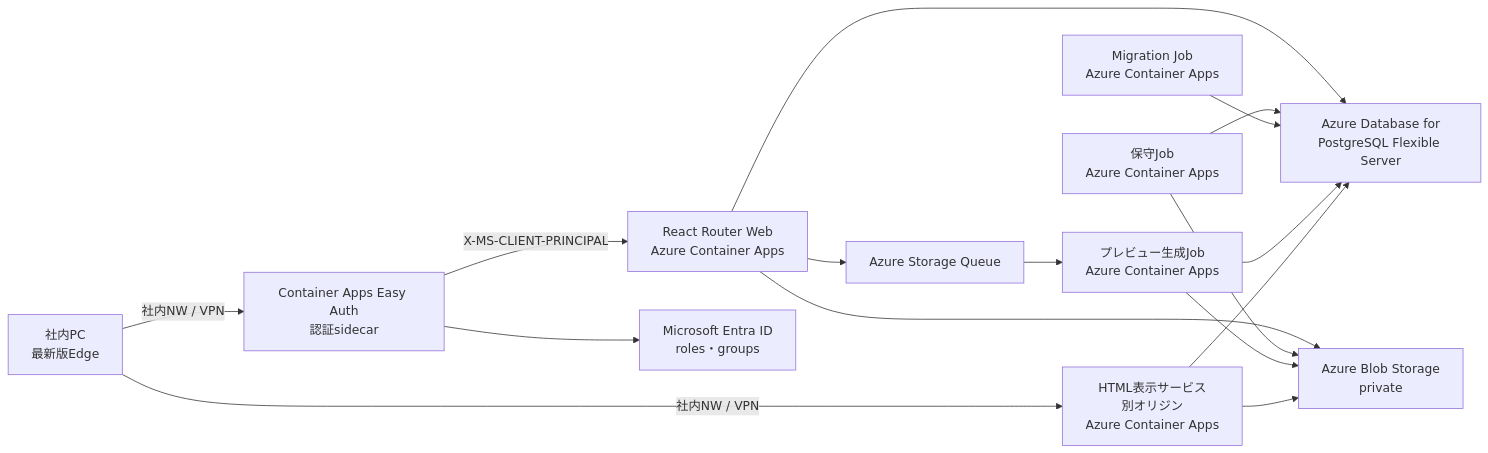
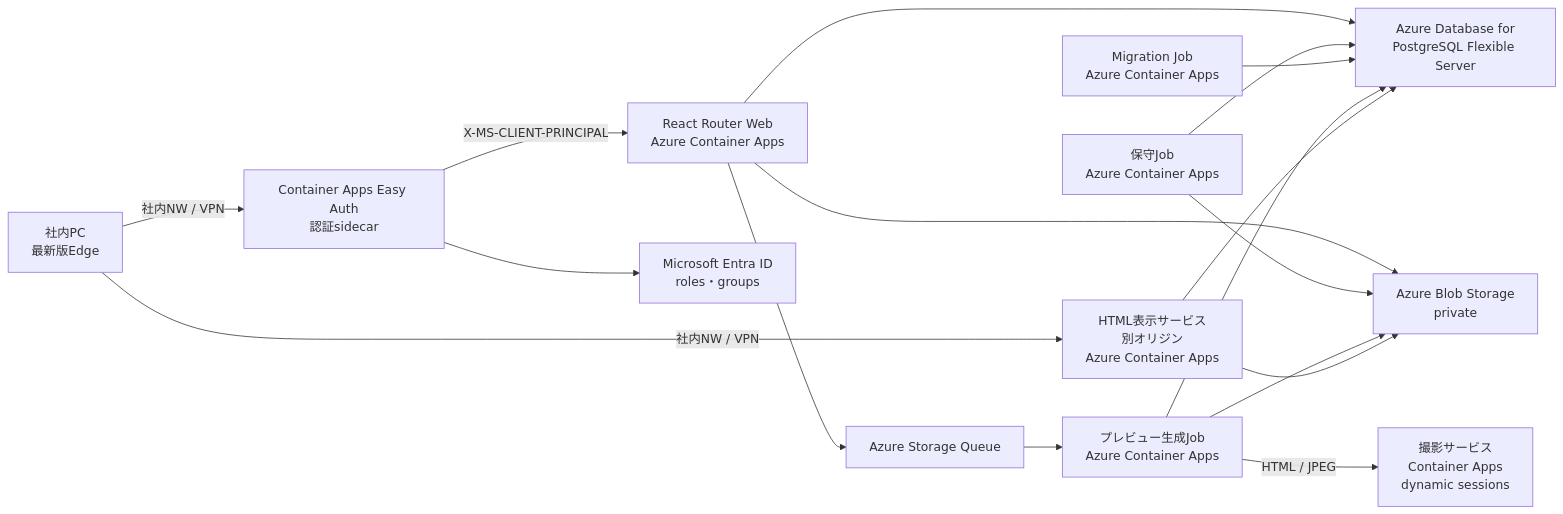
One commit to yamatairiku-dev/siryou-mite changed the first of 2 diagrams in docs/APPLICATION_DESIGN.md. Above: the diagram before and after it, drawn with Mermaid. The commit also changed other lines of this file and 30 other files, not shown here.

````diff
--- a/docs/APPLICATION_DESIGN.md
+++ b/docs/APPLICATION_DESIGN.md
@@ -312,18 +312,19 @@
 ```mermaid
 flowchart LR
   U["社内PC<br>最新版Edge"] -->|社内NW / VPN| EA["Container Apps Easy Auth<br>認証sidecar"]
   EA -->|X-MS-CLIENT-PRINCIPAL| APP["React Router Web<br>Azure Container Apps"]
   U -->|社内NW / VPN| VIEW["HTML表示サービス<br>別オリジン<br>Azure Container Apps"]
   EA --> ENTRA["Microsoft Entra ID<br>roles・groups"]
   APP --> DB["Azure Database for<br>PostgreSQL Flexible Server"]
   APP --> BLOB["Azure Blob Storage<br>private"]
   APP --> QUEUE["Azure Storage Queue"]
   QUEUE --> WORKER["プレビュー生成Job<br>Azure Container Apps"]
+  WORKER -->|HTML / JPEG| RENDER["撮影サービス<br>Container Apps<br>dynamic sessions"]
   MAINT["保守Job<br>Azure Container Apps"] --> DB
   MAINT --> BLOB
   MIGRATE["Migration Job<br>Azure Container Apps"] --> DB
   WORKER --> BLOB
   WORKER --> DB
   VIEW --> BLOB
   VIEW --> DB
 ```
````
